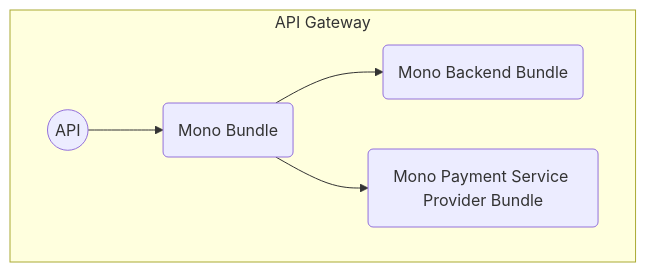
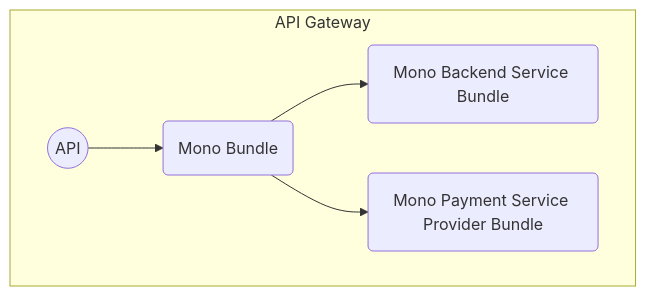
The diagram in docs/index.md (digital-blueprint/relay-mono-bundle), drawn with Mermaid before and after one commit. The commit also changed other lines of this file, not shown here.

````diff
--- a/docs/index.md
+++ b/docs/index.md
@@ -5,13 +5,13 @@
 ```mermaid
 graph TD
     subgraph API Gateway
         api(("API"))
         mono_bundle("Mono Bundle")
-        mono_backend_bundle("Mono Backend Bundle")
+        mono_backend_service_bundle("Mono Backend Service Bundle")
         mono_payment_service_provider_bundle("Mono Payment Service Provider Bundle")
     end
 
     api --> mono_bundle
-    mono_bundle --> mono_backend_bundle
+    mono_bundle --> mono_backend_service_bundle
     mono_bundle --> mono_payment_service_provider_bundle
 ```
````
